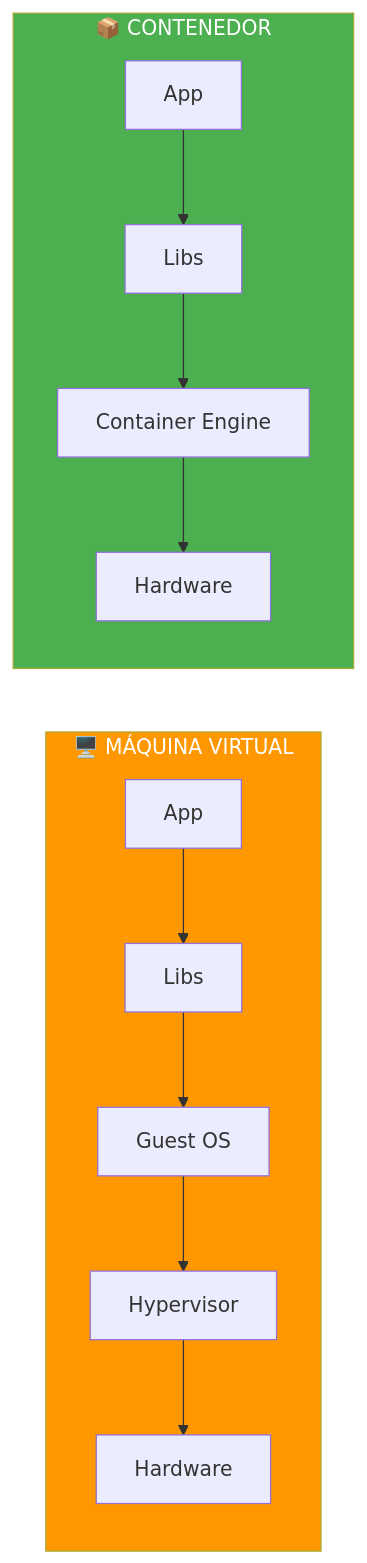
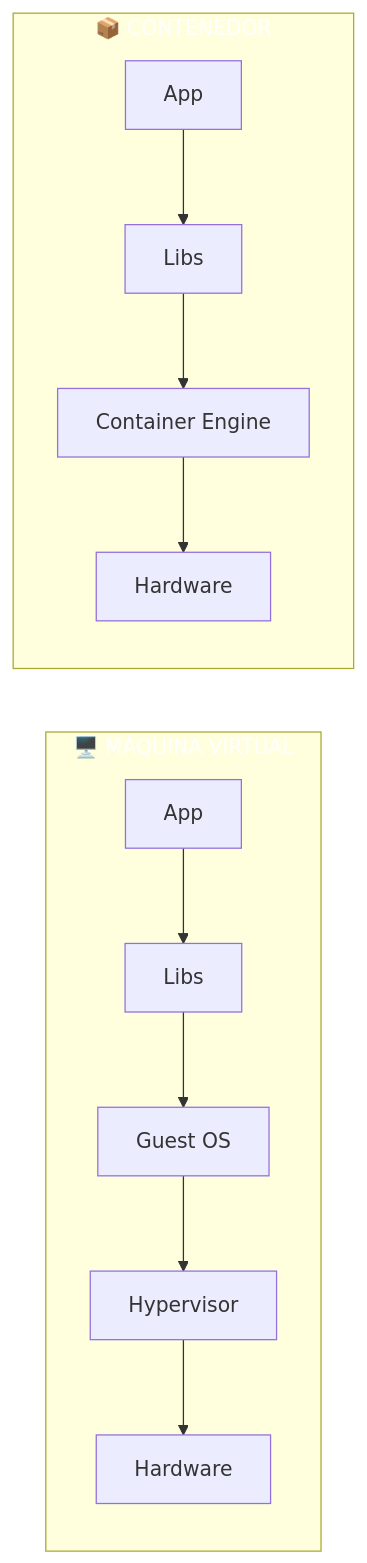
Before and after one commit to joseluisgs/DesarrolloWebEntornosServidor-01-2026-2027: the fourth of 7 diagrams in 09-despliegue.md, drawn with Mermaid. The commit also changed other lines of this file and 66 other files, not shown here.

First line of the commit message:
fix: normalizar titulos al castellano de frase y corregir la paleta de mermaid

````diff
--- a/09-despliegue.md
+++ b/09-despliegue.md
@@ -136,13 +136,13 @@
 ```mermaid
 graph LR
     subgraph VM["🖥️ MÁQUINA VIRTUAL"]
         A1["App"] --> A2["Libs"] --> A3["Guest OS"] --> A4["Hypervisor"] --> A5["Hardware"]
     end
 
     subgraph DC["📦 CONTENEDOR"]
         B1["App"] --> B2["Libs"] --> B3["Container Engine"] --> B4["Hardware"]
     end
 
-    style VM fill:#FF9800,color:#fff
-    style DC fill:#4CAF50,color:#fff
+    style VM fill:#FF980,color:#fff0,color:#fff
+    style DC fill:#4CAF5,color:#fff0,color:#fff
 ```
````
